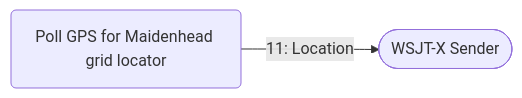
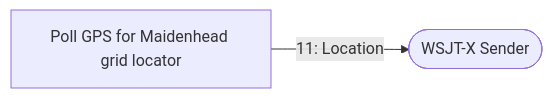
One commit to ckuhtz/ham changed the eighth of 8 diagrams in doc/workflows.md. Above: the diagram before and after it, drawn with Mermaid.

````diff
--- a/doc/workflows.md
+++ b/doc/workflows.md
@@ -258,5 +258,5 @@
 ```mermaid
 flowchart LR;
     WSJTXApp([WSJT-X Sender]);
-    GPSPoll(Poll GPS for Maidenhead grid locator) -->|11: Location| WSJTXApp;
+    GPSPoll[Poll GPS for Maidenhead grid locator] -->|11: Location| WSJTXApp;
 ```
````
